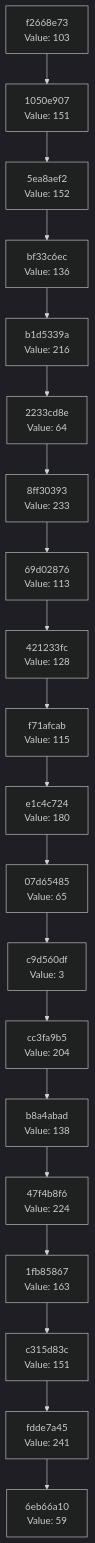
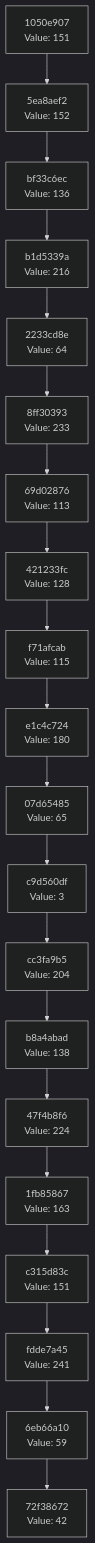
One commit to Abhisheksinha1506/hash-chain-evolver changed the diagram in docs/CHAIN_VISUALIZATION.md. Above: the diagram before and after it, drawn with Mermaid (dark theme). The commit also changed 3 other files, not shown here.

````diff
--- a/docs/CHAIN_VISUALIZATION.md
+++ b/docs/CHAIN_VISUALIZATION.md
@@ -3,42 +3,42 @@
 ```mermaid
 graph TD
-    C0["6eb66a10<br/>Value: 59"]
-    C1["fdde7a45<br/>Value: 241"]
+    C0["72f38672<br/>Value: 42"]
+    C1["6eb66a10<br/>Value: 59"]
     C1 --> C0
-    C2["c315d83c<br/>Value: 151"]
+    C2["fdde7a45<br/>Value: 241"]
     C2 --> C1
-    C3["1fb85867<br/>Value: 163"]
+    C3["c315d83c<br/>Value: 151"]
     C3 --> C2
-    C4["47f4b8f6<br/>Value: 224"]
+    C4["1fb85867<br/>Value: 163"]
     C4 --> C3
-    C5["b8a4abad<br/>Value: 138"]
+    C5["47f4b8f6<br/>Value: 224"]
     C5 --> C4
-    C6["cc3fa9b5<br/>Value: 204"]
+    C6["b8a4abad<br/>Value: 138"]
     C6 --> C5
-    C7["c9d560df<br/>Value: 3"]
+    C7["cc3fa9b5<br/>Value: 204"]
     C7 --> C6
-    C8["07d65485<br/>Value: 65"]
+    C8["c9d560df<br/>Value: 3"]
     C8 --> C7
-    C9["e1c4c724<br/>Value: 180"]
+    C9["07d65485<br/>Value: 65"]
     C9 --> C8
-    C10["f71afcab<br/>Value: 115"]
+    C10["e1c4c724<br/>Value: 180"]
     C10 --> C9
-    C11["421233fc<br/>Value: 128"]
+    C11["f71afcab<br/>Value: 115"]
     C11 --> C10
-    C12["69d02876<br/>Value: 113"]
+    C12["421233fc<br/>Value: 128"]
     C12 --> C11
-    C13["8ff30393<br/>Value: 233"]
+    C13["69d02876<br/>Value: 113"]
     C13 --> C12
-    C14["2233cd8e<br/>Value: 64"]
+    C14["8ff30393<br/>Value: 233"]
     C14 --> C13
-    C15["b1d5339a<br/>Value: 216"]
+    C15["2233cd8e<br/>Value: 64"]
     C15 --> C14
-    C16["bf33c6ec<br/>Value: 136"]
+    C16["b1d5339a<br/>Value: 216"]
     C16 --> C15
-    C17["5ea8aef2<br/>Value: 152"]
+    C17["bf33c6ec<br/>Value: 136"]
     C17 --> C16
-    C18["1050e907<br/>Value: 151"]
+    C18["5ea8aef2<br/>Value: 152"]
     C18 --> C17
-    C19["f2668e73<br/>Value: 103"]
+    C19["1050e907<br/>Value: 151"]
     C19 --> C18
 ```
````
